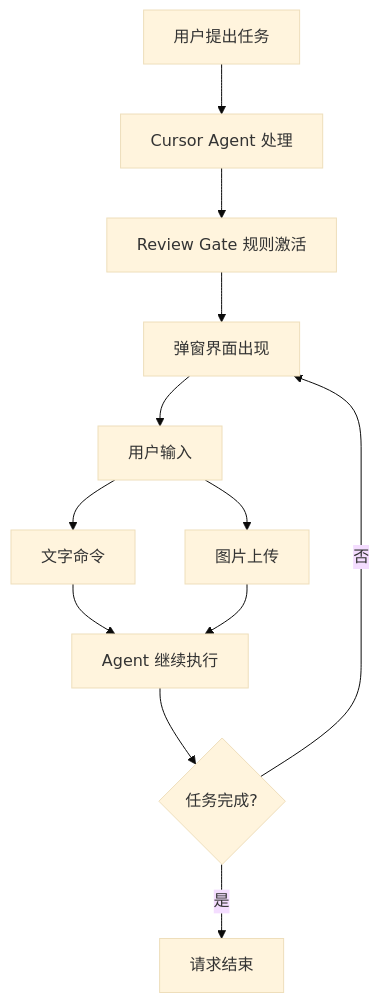
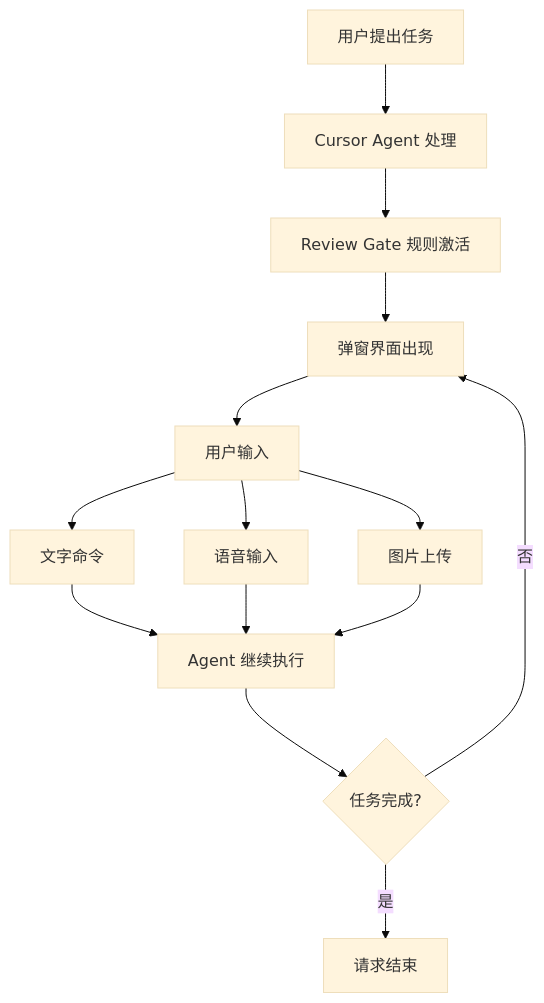
Before and after one commit to Chuan14159/Review-Gate-Chinese-Fix: the diagram in readme.md, drawn with Mermaid (base theme). The commit also changed other lines of this file and 11 other files, not shown here.

````diff
--- a/readme.md
+++ b/readme.md
@@ -78,14 +57,16 @@
 ```mermaid
 graph TD
     A[用户提出任务] --> B[Cursor Agent 处理]
     B --> C[Review Gate 规则激活]
     C --> D[弹窗界面出现]
     D --> E[用户输入]
     E --> E1[文字命令]
-    E --> E2[图片上传]
+    E --> E2[语音输入]
+    E --> E3[图片上传]
     E1 --> F[Agent 继续执行]
     E2 --> F
+    E3 --> F
     F --> G{任务完成?}
     G -->|否| D
     G -->|是| H[请求结束]
 ```
````
